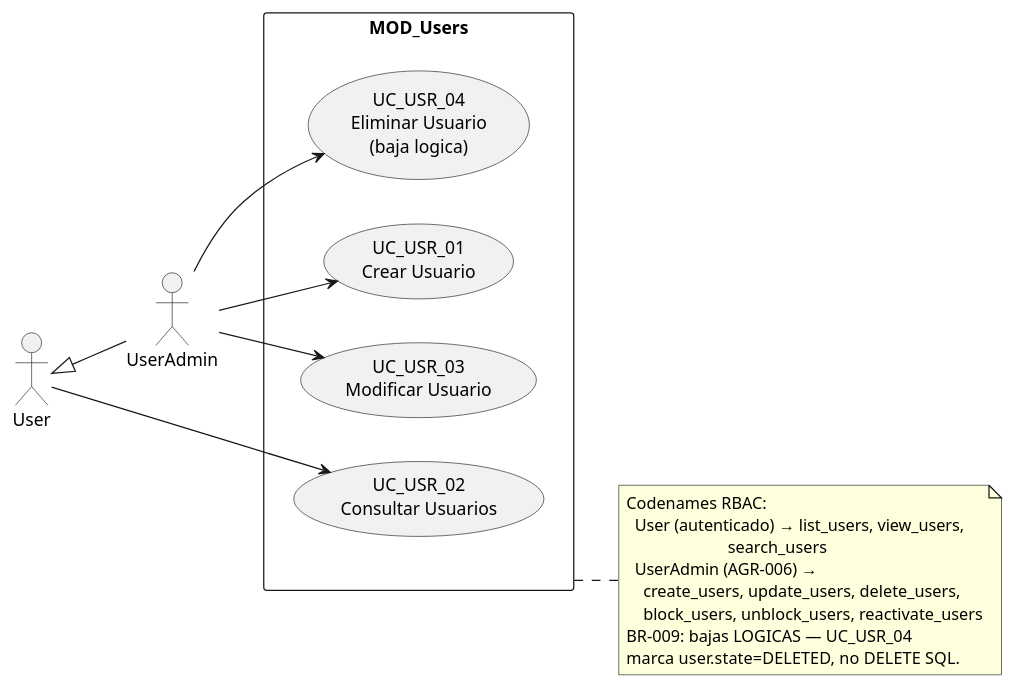
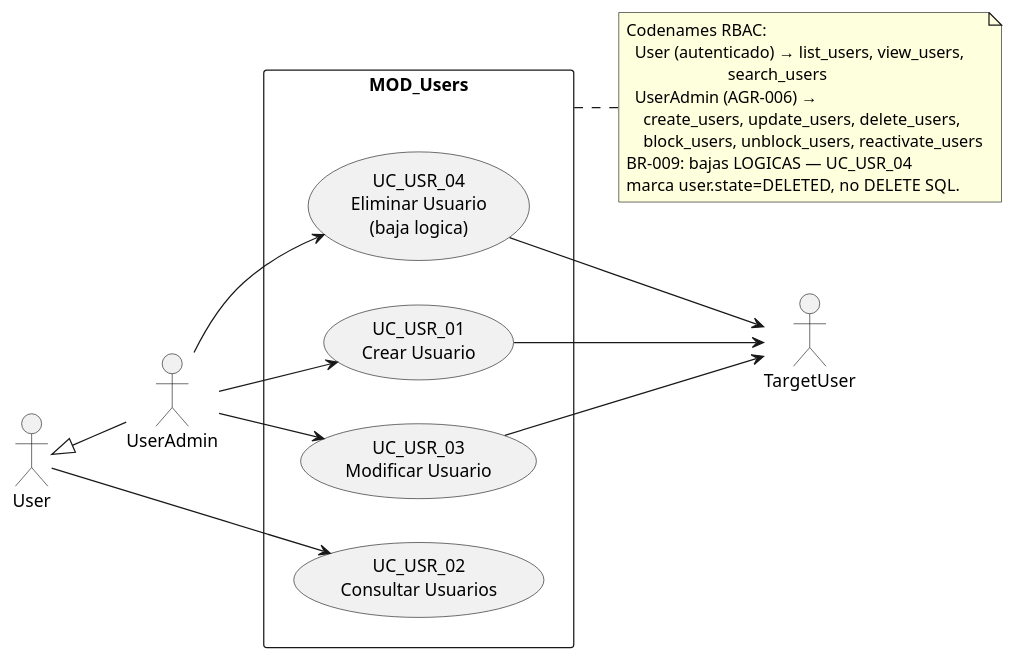
One commit to jcg-admin/IACT-docs changed the diagram in source/arquitectura-tecnica/use-case-view/users/index.rst. Above: the diagram before and after it, drawn with PlantUML. The commit also changed 12 other files, not shown here.

First line of the commit message:
Apply uml-07 remediation Phase 3+5: beneficiaries + panoramas

```diff
--- a/source/arquitectura-tecnica/use-case-view/users/index.rst
+++ b/source/arquitectura-tecnica/use-case-view/users/index.rst
@@ -23,36 +23,41 @@
 .. uml::
  :caption: MOD_Users — UserAdmin gestiona el catálogo;
            cualquier rol autenticado consulta.
 
  @startuml
  left to right direction
 
  actor User
  actor UserAdmin
 
+ actor TargetUser
  User <|-- UserAdmin
 
  rectangle "MOD_Users" {
    usecase "UC_USR_01\nCrear Usuario" as CREAR_USUARIO
    usecase "UC_USR_02\nConsultar Usuarios" as CONSULTAR_USUARIOS
    usecase "UC_USR_03\nModificar Usuario" as MODIFICAR_USUARIO
    usecase "UC_USR_04\nEliminar Usuario\n(baja logica)" as ELIMINAR_USUARIO
  }
 
  User      --> CONSULTAR_USUARIOS
  UserAdmin --> CREAR_USUARIO
  UserAdmin --> MODIFICAR_USUARIO
  UserAdmin --> ELIMINAR_USUARIO
+ CREAR_USUARIO --> TargetUser
+ MODIFICAR_USUARIO --> TargetUser
+ ELIMINAR_USUARIO --> TargetUser
+
 
  note right of MOD_Users
    Codenames RBAC:
      User (autenticado) → list_users, view_users,
                            search_users
      UserAdmin (AGR-006) →
        create_users, update_users, delete_users,
        block_users, unblock_users, reactivate_users
    BR-009: bajas LOGICAS — UC_USR_04
    marca user.state=DELETED, no DELETE SQL.
  end note
 
  @enduml
```
